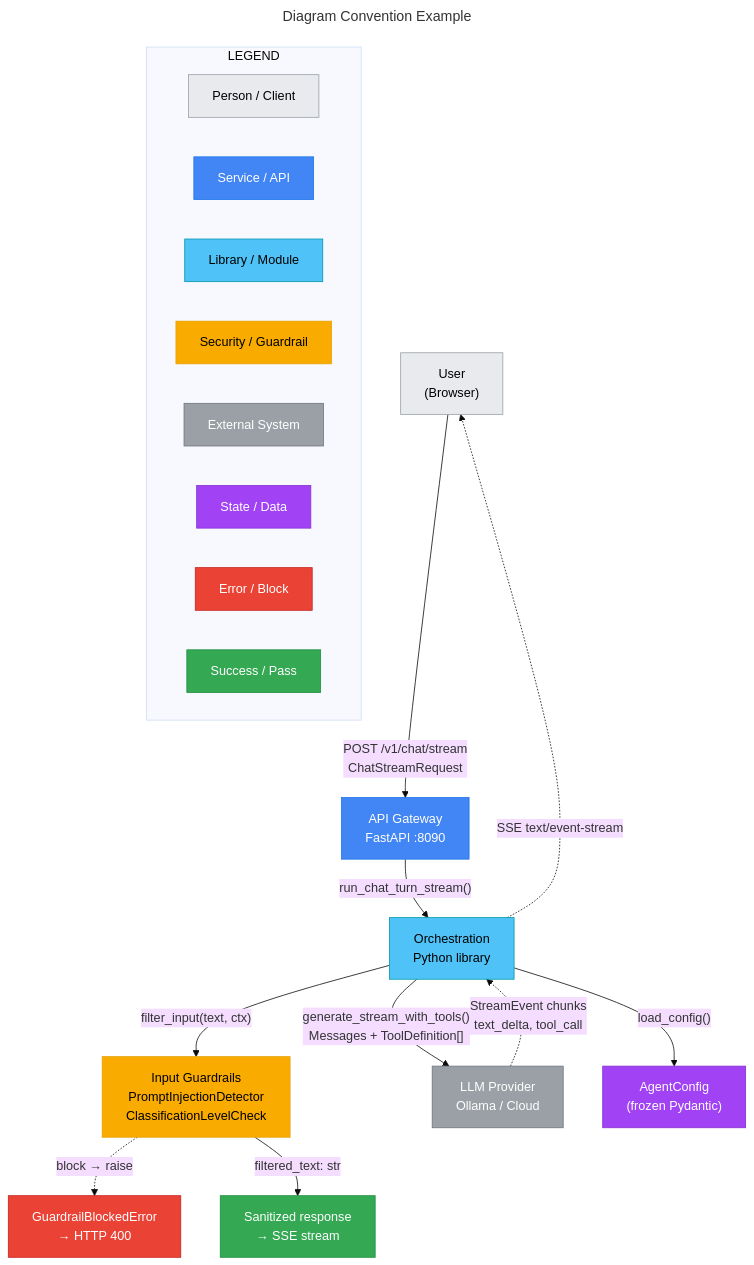
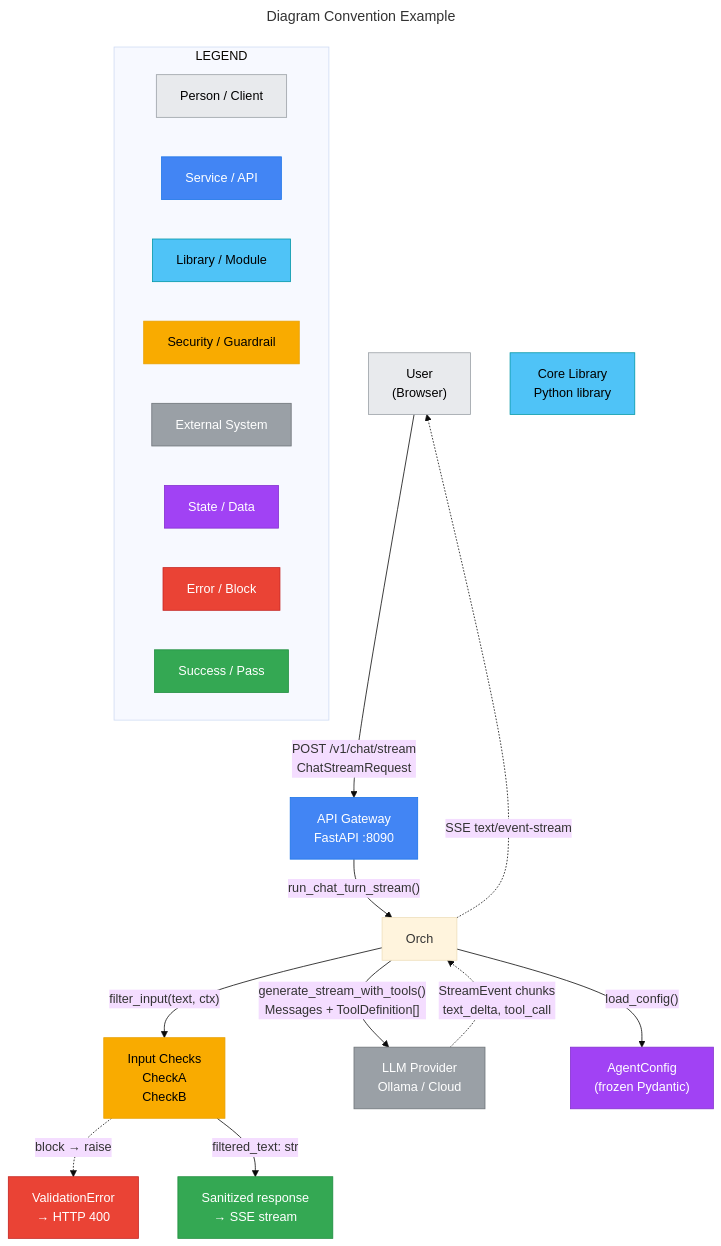
One commit to csjoshc/skills changed the diagram in confluence-diagrams/example-conventions.mmd. Above: the diagram before and after it, drawn with Mermaid (base theme). The commit also changed 46 other files, not shown here.

```diff
--- a/confluence-diagrams/example-conventions.mmd
+++ b/confluence-diagrams/example-conventions.mmd
@@ -1,58 +1,58 @@
 ---
 title: "Diagram Convention Example"
 ---
 flowchart TB
   classDef person fill:#E8EAED,stroke:#9AA0A6,color:#000
   classDef service fill:#4285F4,stroke:#1a73e8,color:#fff
   classDef library fill:#4FC3F7,stroke:#0097A7,color:#000
   classDef guard fill:#F9AB00,stroke:#e8a000,color:#000
   classDef external fill:#9AA0A6,stroke:#6e7479,color:#fff
   classDef state fill:#A142F4,stroke:#8430ce,color:#fff
   classDef errBlock fill:#EA4335,stroke:#c5221f,color:#fff
   classDef passNode fill:#34A853,stroke:#1e8e3e,color:#fff
 
   %% ─── Nodes by category ───────────────────────────────────
   User["User<br/>(Browser)"]:::person
   API["API Gateway<br/>FastAPI :8090"]:::service
-  Orch["Orchestration<br/>Python library"]:::library
-  Guard["Input Guardrails<br/>PromptInjectionDetector<br/>ClassificationLevelCheck"]:::guard
+  Core["Core Library<br/>Python library"]:::library
+  Guard["Input Checks<br/>CheckA<br/>CheckB"]:::guard
   LLM["LLM Provider<br/>Ollama / Cloud"]:::external
   Config["AgentConfig<br/>(frozen Pydantic)"]:::state
-  Blocked["GuardrailBlockedError<br/>→ HTTP 400"]:::errBlock
+  Blocked["ValidationError<br/>→ HTTP 400"]:::errBlock
   Success["Sanitized response<br/>→ SSE stream"]:::passNode
 
   %% ─── Edges by style ──────────────────────────────────────
 
   %% Solid = synchronous call
   User -->|"POST /v1/chat/stream<br/>ChatStreamRequest"| API
   API -->|"run_chat_turn_stream()"| Orch
   Orch -->|"load_config()"| Config
 
   %% Solid = HTTP call
   Orch -->|"generate_stream_with_tools()<br/>Messages + ToolDefinition[]"| LLM
 
   %% Solid = guardrail check
   Orch -->|"filter_input(text, ctx)"| Guard
 
   %% Dashed = async / streaming return
   LLM -.->|"StreamEvent chunks<br/>text_delta, tool_call"| Orch
   Orch -.->|"SSE text/event-stream"| User
 
   %% Dashed = error / block path
   Guard -. "block → raise" .-> Blocked
 
   %% Solid = success path
   Guard -->|"filtered_text: str"| Success
 
   %% ─── Legend ──────────────────────────────────────────────
   subgraph Legend ["LEGEND"]
     direction LR
     L_person["Person / Client"]:::person
     L_svc["Service / API"]:::service
     L_lib["Library / Module"]:::library
     L_guard["Security / Guardrail"]:::guard
     L_ext["External System"]:::external
     L_state["State / Data"]:::state
     L_err["Error / Block"]:::errBlock
     L_pass["Success / Pass"]:::passNode
   end
```
